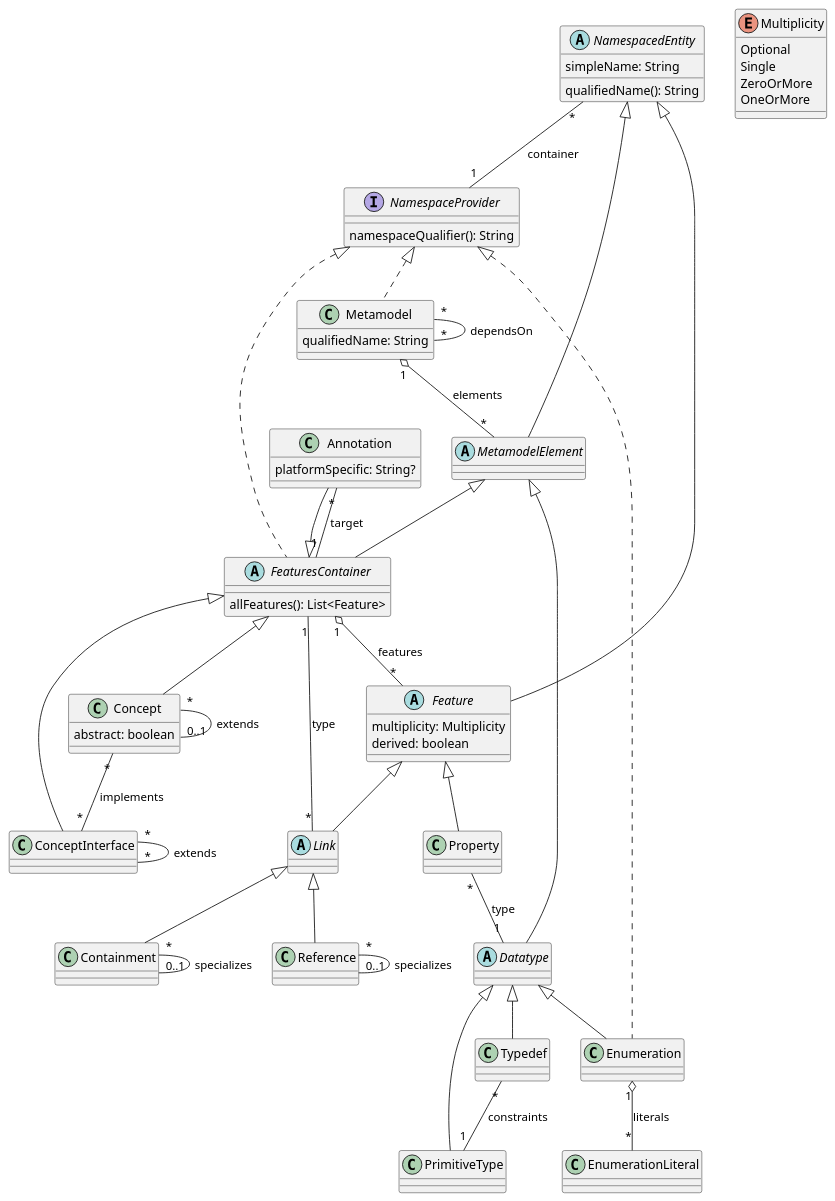
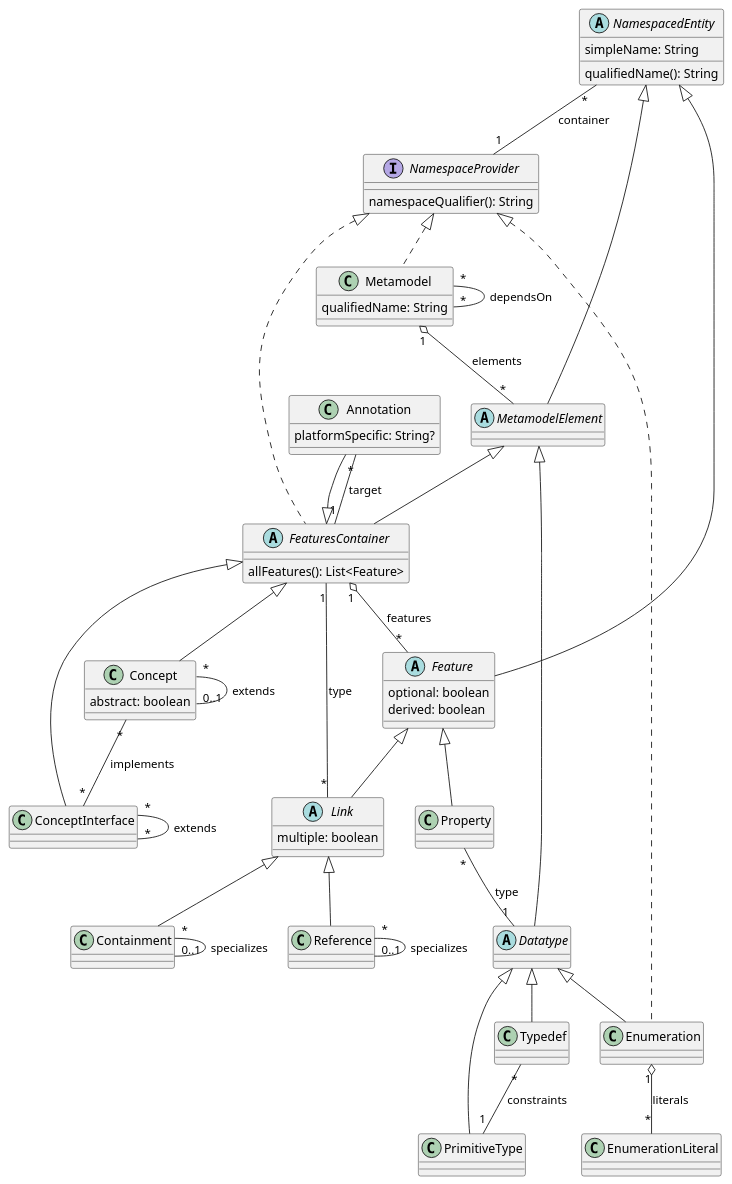
One commit to LionWeb-io/lionweb-typescript changed the diagram in diagrams/metametamodel-gen.puml. Above: the diagram before and after it, drawn with PlantUML. The commit also changed 5 other files, not shown here.

Commit message:
remove Feature.multiplicity in favor of a pair of booleans (Feature.optional, Feature.multiple)

```diff
--- a/diagrams/metametamodel-gen.puml
+++ b/diagrams/metametamodel-gen.puml
@@ -1,98 +1,93 @@
 @startuml
 
 ' qualified name: "lioncore"
 
 
 class Annotation extends FeaturesContainer {
   platformSpecific: String?
 }
 
 class Concept extends FeaturesContainer {
   abstract: boolean
 }
 
 class ConceptInterface extends FeaturesContainer
 
 class Containment extends Link
 
 abstract class Datatype extends MetamodelElement
 
 class Enumeration extends Datatype implements NamespaceProvider
 
 abstract class Feature extends NamespacedEntity {
-  multiplicity: Multiplicity
+  optional: boolean
   derived: boolean
 }
 
 abstract class FeaturesContainer extends MetamodelElement implements NamespaceProvider {
   allFeatures(): List<Feature>
 }
 
-abstract class Link extends Feature
+abstract class Link extends Feature {
+  multiple: boolean
+}
 
 class Metamodel implements NamespaceProvider {
   qualifiedName: String
 }
 
 abstract class MetamodelElement extends NamespacedEntity
-
-enum Multiplicity {
-  Optional
-  Single
-  ZeroOrMore
-  OneOrMore
-}
 
 interface NamespaceProvider {
   namespaceQualifier(): String
 }
 
 abstract class NamespacedEntity {
   simpleName: String
   qualifiedName(): String
 }
 
 class PrimitiveType extends Datatype
 
 class Property extends Feature
 
 class Reference extends Link
 
 ' primitive type: "String"
 
 class Typedef extends Datatype
 
 ' primitive type: "boolean"
 
 
 
 ' relations:
 
 Annotation "*" -- "1" FeaturesContainer: target
 
 Concept "*" -- "0..1" Concept: extends
 Concept "*" -- "*" ConceptInterface: implements
 
 ConceptInterface "*" -- "*" ConceptInterface: extends
 
 Containment "*" -- "0..1" Containment: specializes
 
 Enumeration "1" o-- "*" EnumerationLiteral: literals
 
 FeaturesContainer "1" o-- "*" Feature: features
 
 Link "*" -- "1" FeaturesContainer: type
 
 Metamodel "1" o-- "*" MetamodelElement: elements
 Metamodel "*" -- "*" Metamodel: dependsOn
 
 NamespacedEntity "*" -- "1" NamespaceProvider: container
 
 Property "*" -- "1" Datatype: type
 
 Reference "*" -- "0..1" Reference: specializes
 
 Typedef "*" -- "1" PrimitiveType: constraints
 
 
 @enduml
```
